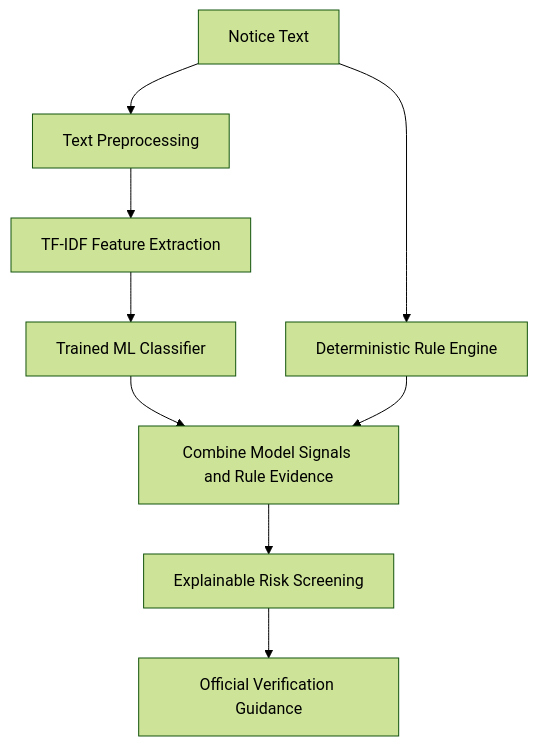
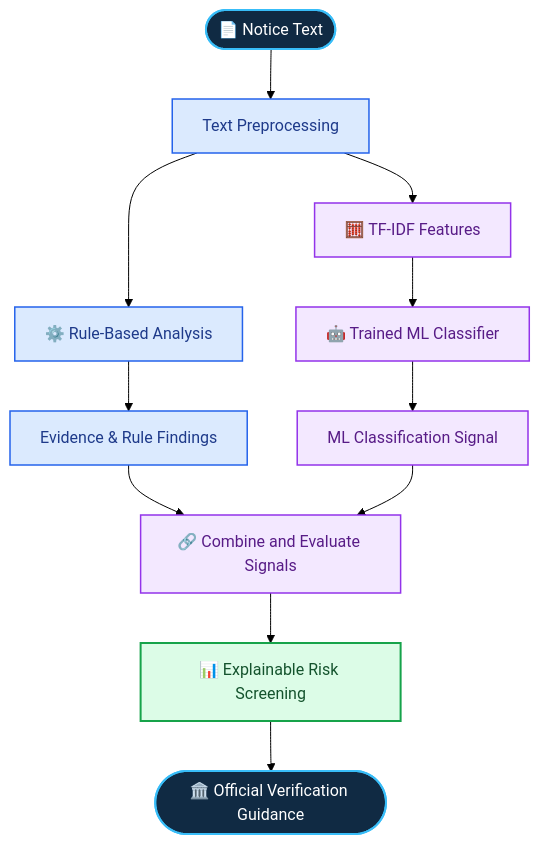
The second of 2 diagrams in README.md (KeerthiH1503/Srujana_hackathon2026_Lexora), drawn with Mermaid (forest theme) before and after one commit. The commit also changed other lines of this file, not shown here.

First line of the commit message:
Enhance flowcharts with icons and text updates

````diff
--- a/README.md
+++ b/README.md
@@ -63,11 +84,27 @@
 ```mermaid
 flowchart TD
-    A[Notice Text] --> B[Text Preprocessing]
-    B --> C[TF-IDF Feature Extraction]
-    C --> D[Trained ML Classifier]
-    A --> E[Deterministic Rule Engine]
-    D --> F[Combine Model Signals and Rule Evidence]
-    E --> F
-    F --> G[Explainable Risk Screening]
-    G --> H[Official Verification Guidance]
+    A(["📄 Notice Text"]) --> B["Text Preprocessing"]
+
+    B --> C["⚙️ Rule-Based Analysis"]
+    B --> D["🧮 TF-IDF Features"]
+
+    D --> E["🤖 Trained ML Classifier"]
+    C --> F["Evidence & Rule Findings"]
+    E --> G["ML Classification Signal"]
+
+    F --> H["🔗 Combine and Evaluate Signals"]
+    G --> H
+
+    H --> I["📊 Explainable Risk Screening"]
+    I --> J(["🏛️ Official Verification Guidance"])
+
+    classDef input fill:#102A43,stroke:#38BDF8,color:#FFFFFF,stroke-width:2px
+    classDef current fill:#DBEAFE,stroke:#2563EB,color:#1E3A8A,stroke-width:1.5px
+    classDef future fill:#F3E8FF,stroke:#9333EA,color:#581C87,stroke-width:1.5px
+    classDef output fill:#DCFCE7,stroke:#16A34A,color:#14532D,stroke-width:2px
+
+    class A,J input
+    class B,C,F current
+    class D,E,G,H future
+    class I output
 ```
````
